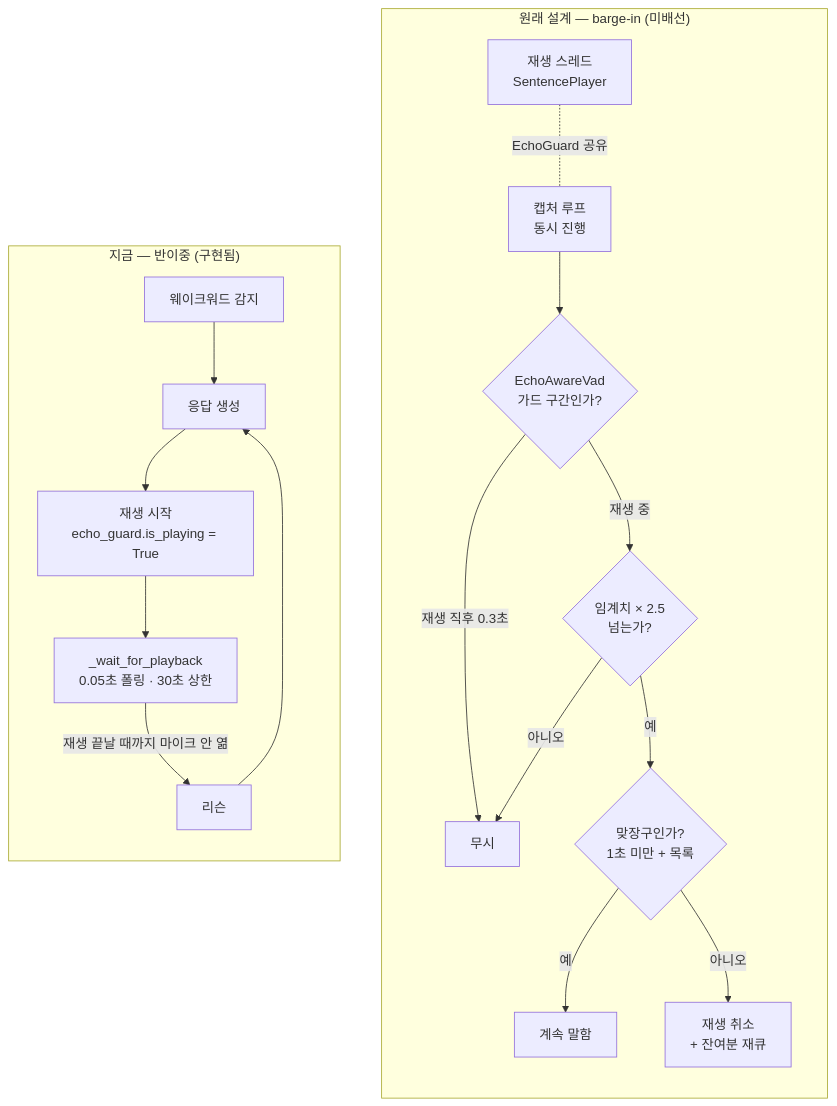
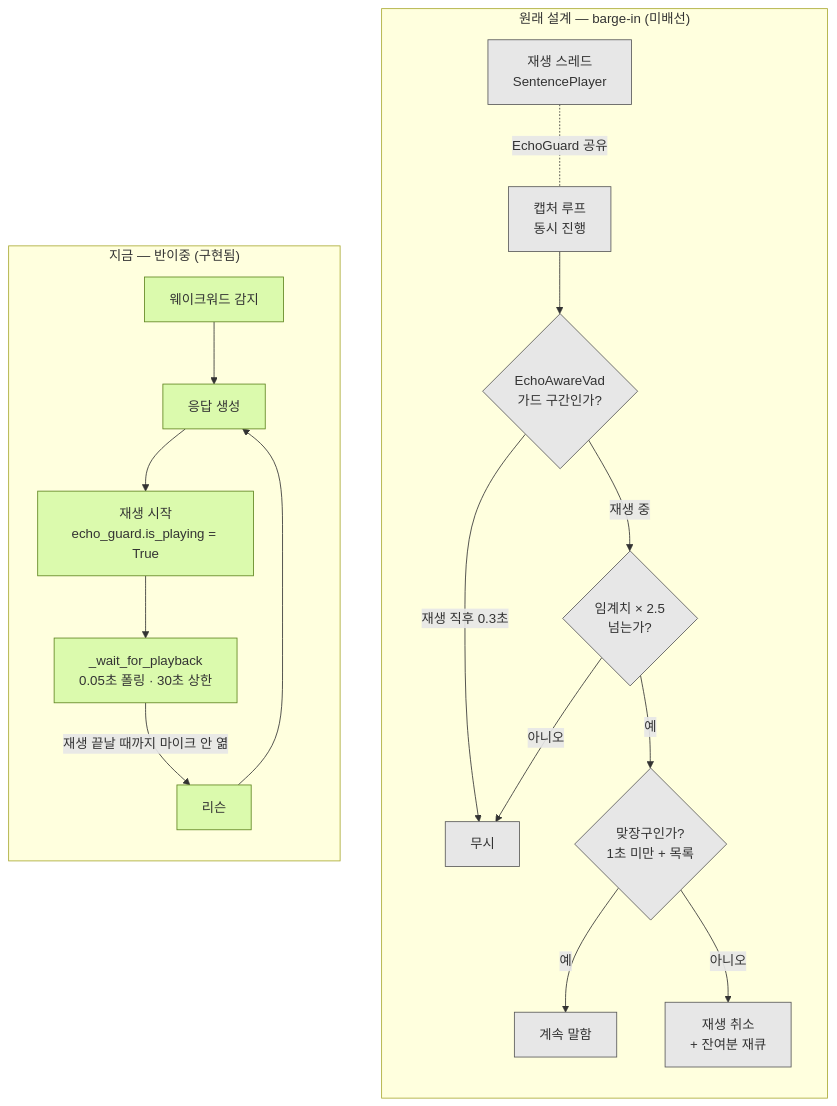
Before and after one commit to bomi-aiot/BOMI: the diagram in docs/hardware/오디오 에코 바지인 검증.md, drawn with Mermaid. The commit also changed 13 other files, not shown here.

First line of the commit message:
docs: 문서 다이어그램 팔레트 통일과 배치 정리

````diff
--- a/docs/hardware/오디오 에코 바지인 검증.md
+++ b/docs/hardware/오디오 에코 바지인 검증.md
@@ -49,27 +49,30 @@
 ```mermaid
 flowchart LR
     subgraph NOW["지금 — 반이중 (구현됨)"]
         direction TB
-        A1["웨이크워드 감지"] --> A2["응답 생성"]
-        A2 --> A3["재생 시작<br/>echo_guard.is_playing = True"]
-        A3 --> A4["_wait_for_playback<br/>0.05초 폴링 · 30초 상한"]
-        A4 -->|"재생 끝날 때까지 마이크 안 엶"| A5["리슨"]
+        A1["웨이크워드 감지"]:::live --> A2["응답 생성"]:::live
+        A2 --> A3["재생 시작<br/>echo_guard.is_playing = True"]:::live
+        A3 --> A4["_wait_for_playback<br/>0.05초 폴링 · 30초 상한"]:::live
+        A4 -->|"재생 끝날 때까지 마이크 안 엶"| A5["리슨"]:::live
         A5 --> A2
     end
 
     subgraph WANT["원래 설계 — barge-in (미배선)"]
         direction TB
-        B1["재생 스레드<br/>SentencePlayer"]
-        B2["캡처 루프<br/>동시 진행"]
+        B1["재생 스레드<br/>SentencePlayer"]:::unwired
+        B2["캡처 루프<br/>동시 진행"]:::unwired
         B1 -. "EchoGuard 공유" .- B2
-        B2 --> B3{"EchoAwareVad<br/>가드 구간인가?"}
-        B3 -->|"재생 직후 0.3초"| B4["무시"]
-        B3 -->|"재생 중"| B5{"임계치 × 2.5<br/>넘는가?"}
+        B2 --> B3{"EchoAwareVad<br/>가드 구간인가?"}:::unwired
+        B3 -->|"재생 직후 0.3초"| B4["무시"]:::unwired
+        B3 -->|"재생 중"| B5{"임계치 × 2.5<br/>넘는가?"}:::unwired
         B5 -->|아니오| B4
-        B5 -->|예| B6{"맞장구인가?<br/>1초 미만 + 목록"}
-        B6 -->|예| B7["계속 말함"]
-        B6 -->|아니오| B8["재생 취소<br/>+ 잔여분 재큐"]
+        B5 -->|예| B6{"맞장구인가?<br/>1초 미만 + 목록"}:::unwired
+        B6 -->|예| B7["계속 말함"]:::unwired
+        B6 -->|아니오| B8["재생 취소<br/>+ 잔여분 재큐"]:::unwired
     end
 
     NOW ~~~ WANT
+
+    classDef live fill:#dbfaad,stroke:#608520
+    classDef unwired fill:#e7e7e7,stroke:#595959
 ```
````
